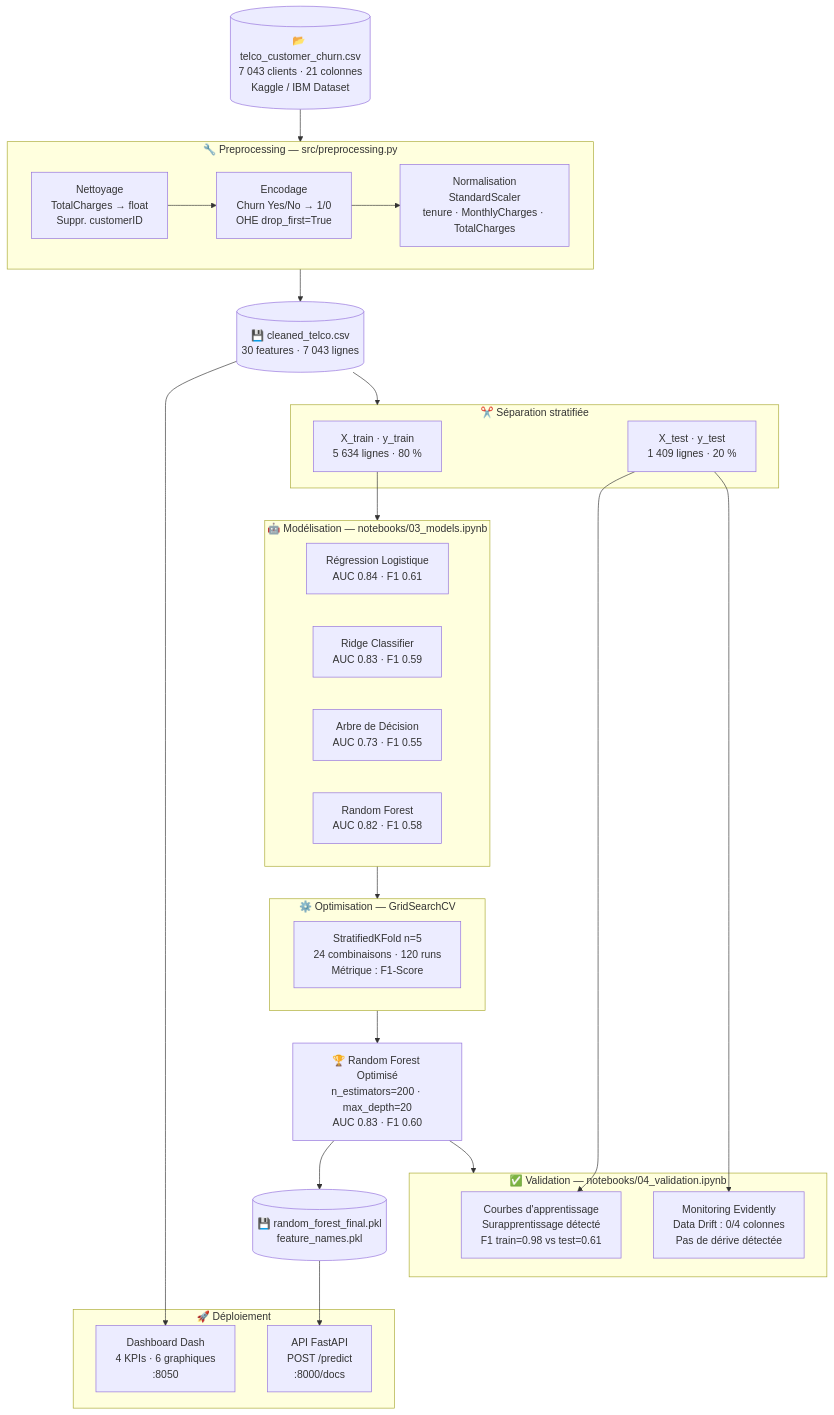
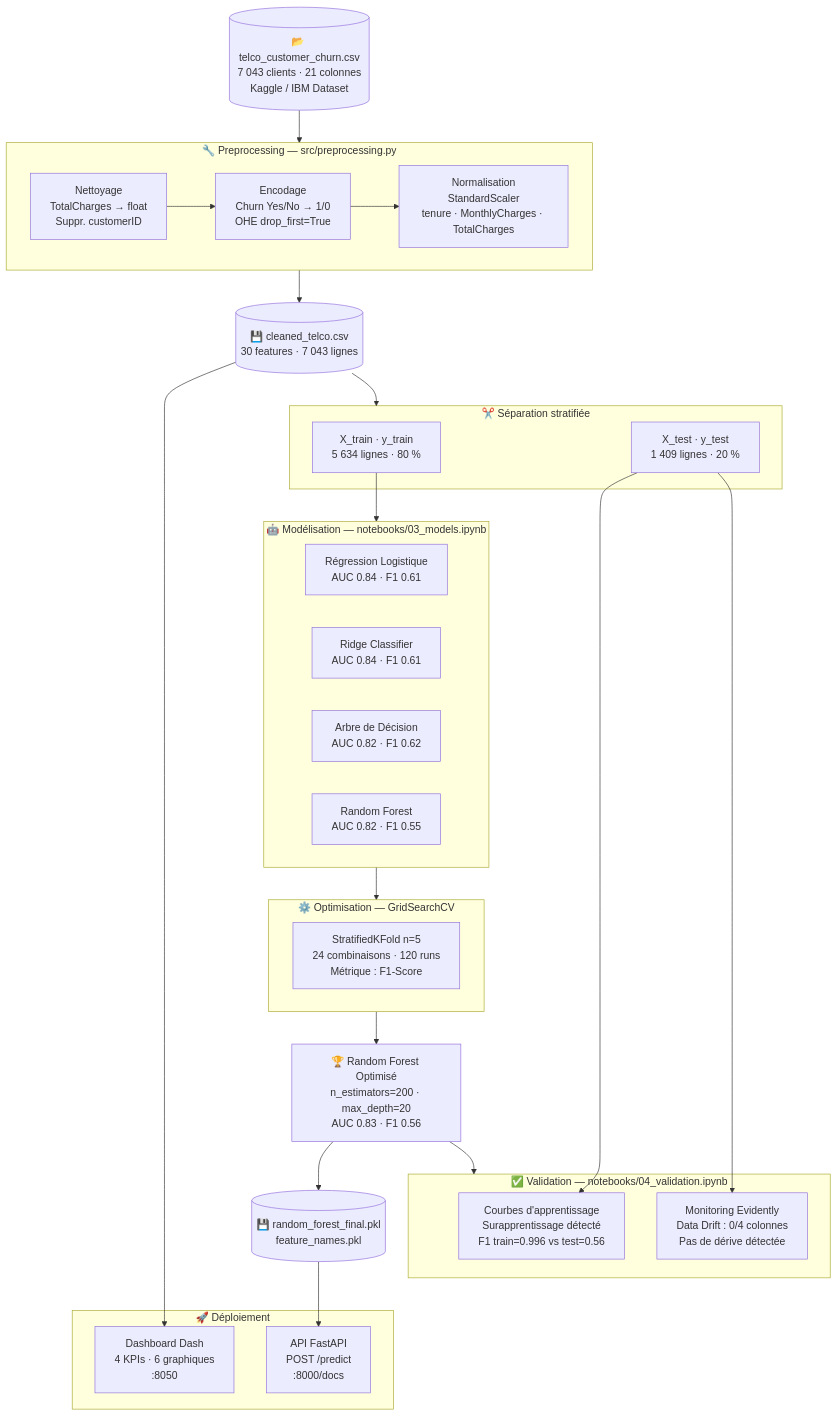
Before and after one commit to TheReal-Kevin/projet3-churn-prediction: the first of 3 diagrams in docs/architecture.md, drawn with Mermaid. The commit also changed 3 other files, not shown here.

````diff
--- a/docs/architecture.md
+++ b/docs/architecture.md
@@ -7,56 +7,56 @@
 ```mermaid
 flowchart TD
     A[("📂 telco_customer_churn.csv\n7 043 clients · 21 colonnes\nKaggle / IBM Dataset")]
 
     subgraph PREP ["🔧 Preprocessing — src/preprocessing.py"]
         B1["Nettoyage\nTotalCharges → float\nSuppr. customerID"]
         B2["Encodage\nChurn Yes/No → 1/0\nOHE drop_first=True"]
         B3["Normalisation\nStandardScaler\ntenure · MonthlyCharges · TotalCharges"]
     end
 
     C[("💾 cleaned_telco.csv\n30 features · 7 043 lignes")]
 
     subgraph SPLIT ["✂️ Séparation stratifiée"]
         D1["X_train · y_train\n5 634 lignes · 80 %"]
         D2["X_test · y_test\n1 409 lignes · 20 %"]
     end
 
     subgraph MODELS ["🤖 Modélisation — notebooks/03_models.ipynb"]
         E1["Régression Logistique\nAUC 0.84 · F1 0.61"]
-        E2["Ridge Classifier\nAUC 0.83 · F1 0.59"]
-        E3["Arbre de Décision\nAUC 0.73 · F1 0.55"]
-        E4["Random Forest\nAUC 0.82 · F1 0.58"]
+        E2["Ridge Classifier\nAUC 0.84 · F1 0.61"]
+        E3["Arbre de Décision\nAUC 0.82 · F1 0.62"]
+        E4["Random Forest\nAUC 0.82 · F1 0.55"]
     end
 
     subgraph OPTIM ["⚙️ Optimisation — GridSearchCV"]
         F["StratifiedKFold n=5\n24 combinaisons · 120 runs\nMétrique : F1-Score"]
     end
 
-    G["🏆 Random Forest Optimisé\nn_estimators=200 · max_depth=20\nAUC 0.83 · F1 0.60"]
+    G["🏆 Random Forest Optimisé\nn_estimators=200 · max_depth=20\nAUC 0.83 · F1 0.56"]
 
     subgraph VALID ["✅ Validation — notebooks/04_validation.ipynb"]
-        H1["Courbes d'apprentissage\nSurapprentissage détecté\nF1 train=0.98 vs test=0.61"]
+        H1["Courbes d'apprentissage\nSurapprentissage détecté\nF1 train=0.996 vs test=0.56"]
         H2["Monitoring Evidently\nData Drift : 0/4 colonnes\nPas de dérive détectée"]
     end
 
     I[("💾 random_forest_final.pkl\nfeature_names.pkl")]
 
     subgraph DEPLOY ["🚀 Déploiement"]
         J1["API FastAPI\nPOST /predict\n:8000/docs"]
         J2["Dashboard Dash\n4 KPIs · 6 graphiques\n:8050"]
     end
 
     A --> PREP
     B1 --> B2 --> B3
     PREP --> C
     C --> SPLIT
     D1 --> MODELS
     MODELS --> OPTIM
     OPTIM --> G
     G --> VALID
     G --> I
     I --> J1
     C --> J2
     D2 --> H1
     D2 --> H2
 ```
````
